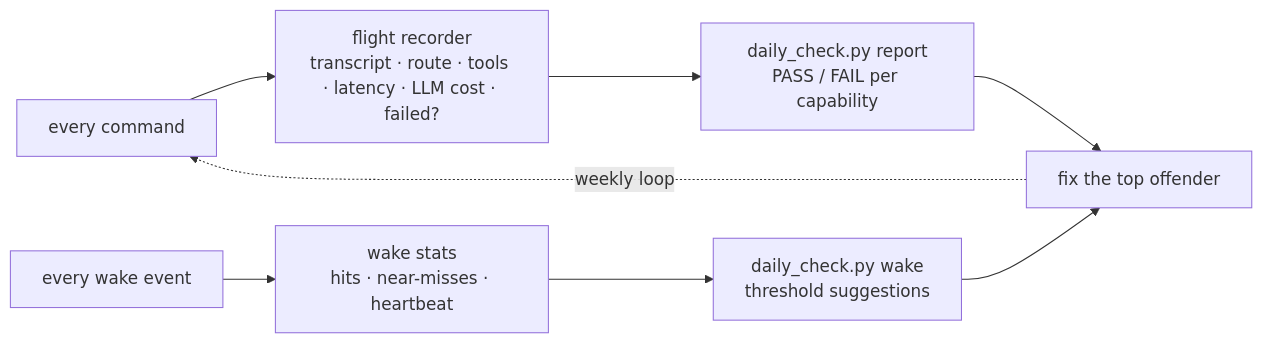
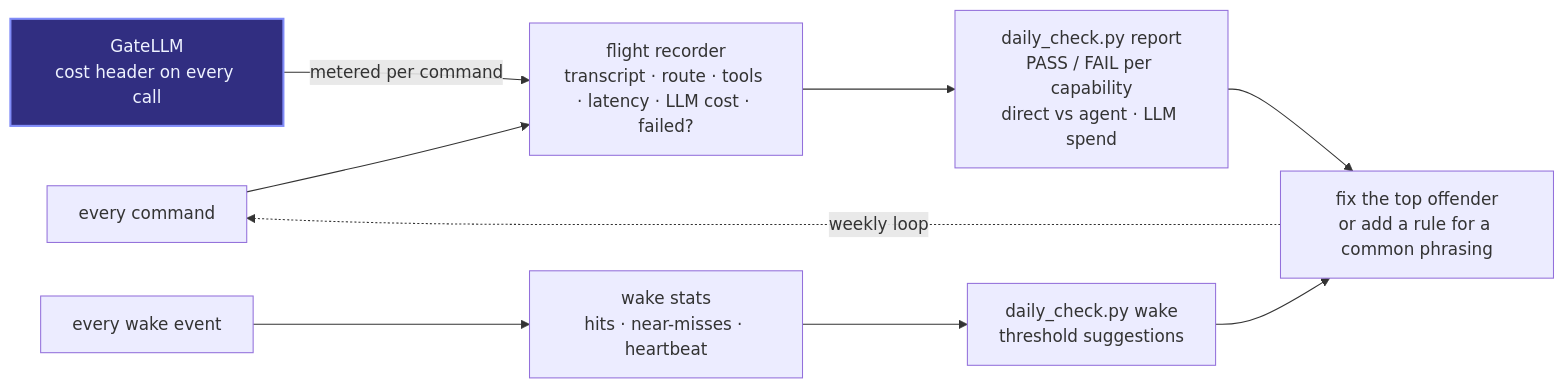
The seventh of 7 diagrams in README.md (Bhanu1299/Aria), drawn with Mermaid before and after one commit. The commit also changed other lines of this file and 2 other files, not shown here.

First line of the commit message:
docs: show the dispatcher and GateLLM gateway in every diagram

````diff
--- a/README.md
+++ b/README.md
@@ -204,10 +272,14 @@
 ```mermaid
 flowchart LR
     CMD["every command"] --> FR["flight recorder<br/>transcript · route · tools · latency · LLM cost · failed?"]
+    GW["GateLLM<br/>cost header on every call"] -->|"metered per command"| FR
     WK["every wake event"] --> WS["wake stats<br/>hits · near-misses · heartbeat"]
-    FR --> DC["daily_check.py report<br/>PASS / FAIL per capability"]
+    FR --> DC["daily_check.py report<br/>PASS / FAIL per capability<br/>direct vs agent · LLM spend"]
     WS --> DW["daily_check.py wake<br/>threshold suggestions"]
-    DC --> FIX["fix the top offender"]
+    DC --> FIX["fix the top offender<br/>or add a rule for a common phrasing"]
     DW --> FIX
     FIX -.->|"weekly loop"| CMD
+
+    classDef key fill:#312e81,stroke:#818cf8,color:#eef2ff,stroke-width:2px
+    class GW key
 ```
````
